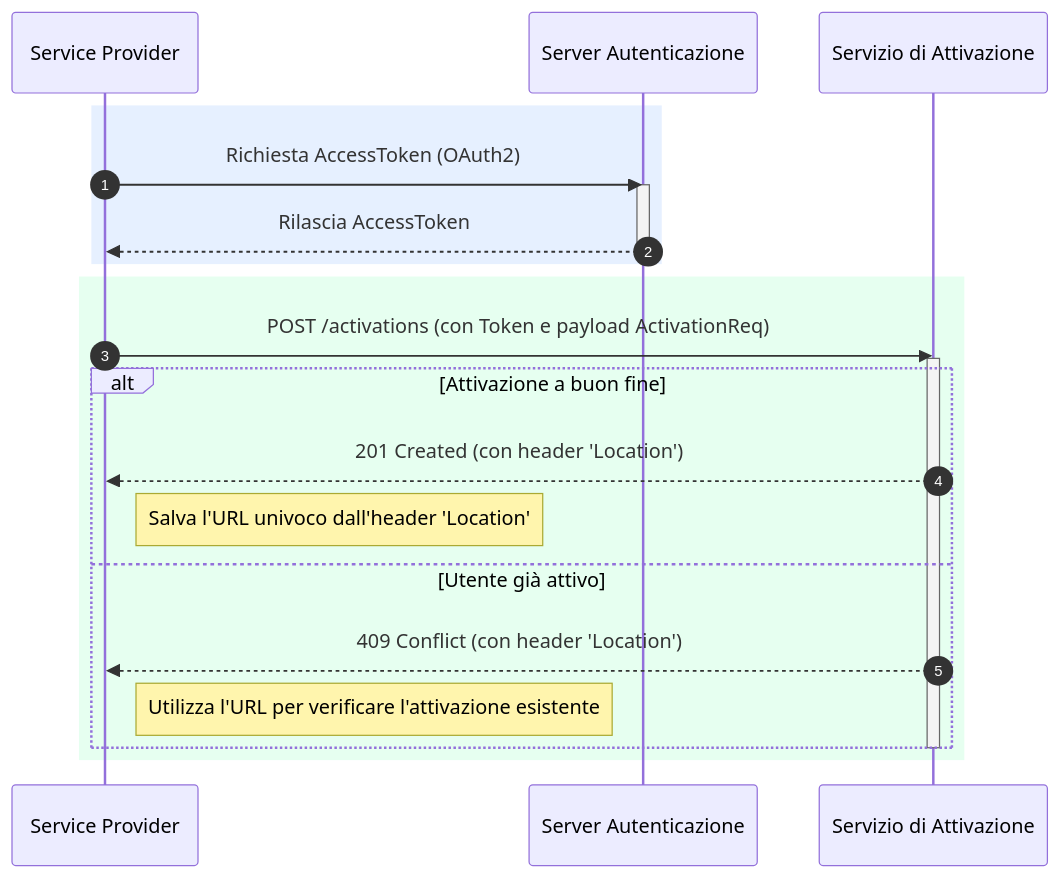
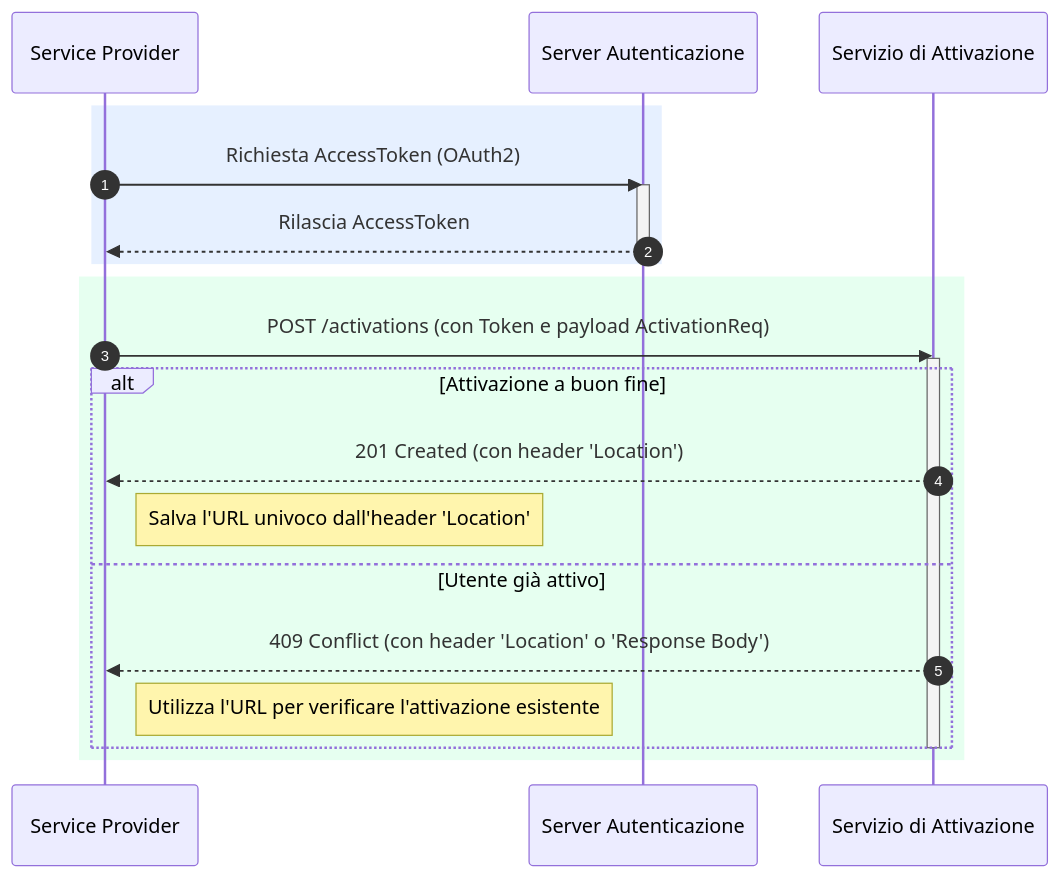
The diagram in docs/t7UU6OMWc3V12nDNAZlV/tutorial/come-attivare-un-utente-al-servizio.md (pagopa/devportal-docs), drawn with Mermaid before and after one commit. The commit also changed other lines of this file and 1 other file, not shown here.

````diff
--- a/docs/t7UU6OMWc3V12nDNAZlV/tutorial/come-attivare-un-utente-al-servizio.md
+++ b/docs/t7UU6OMWc3V12nDNAZlV/tutorial/come-attivare-un-utente-al-servizio.md
@@ -14,38 +14,38 @@
 ```mermaid
 sequenceDiagram
     autonumber
 
     participant SP as Service Provider
     participant AuthS as Server Autenticazione
     participant ActAPI as Servizio di Attivazione
 
     rect rgb(230, 240, 255)
         %% Step 1: Autenticazione
         SP->>AuthS: Richiesta AccessToken (OAuth2)
         activate AuthS
         AuthS-->>SP: Rilascia AccessToken
         deactivate AuthS
     end
 
     rect rgb(230, 255, 240)
         %% Step 2-4: Attivazione Utente
         SP->>ActAPI: POST /activations (con Token e payload ActivationReq)
         activate ActAPI
         
         alt Attivazione a buon fine
             ActAPI-->>SP: 201 Created (con header 'Location')
             note right of SP: Salva l'URL univoco dall'header 'Location'
         else Utente già attivo
-            ActAPI-->>SP: 409 Conflict (con header 'Location')
+            ActAPI-->>SP: 409 Conflict (con header 'Location' o 'Response Body')
             note right of SP: Utilizza l'URL per verificare l'attivazione esistente
         end
         deactivate ActAPI
     end
 
 
 
 
 
 
 
 ```
````
